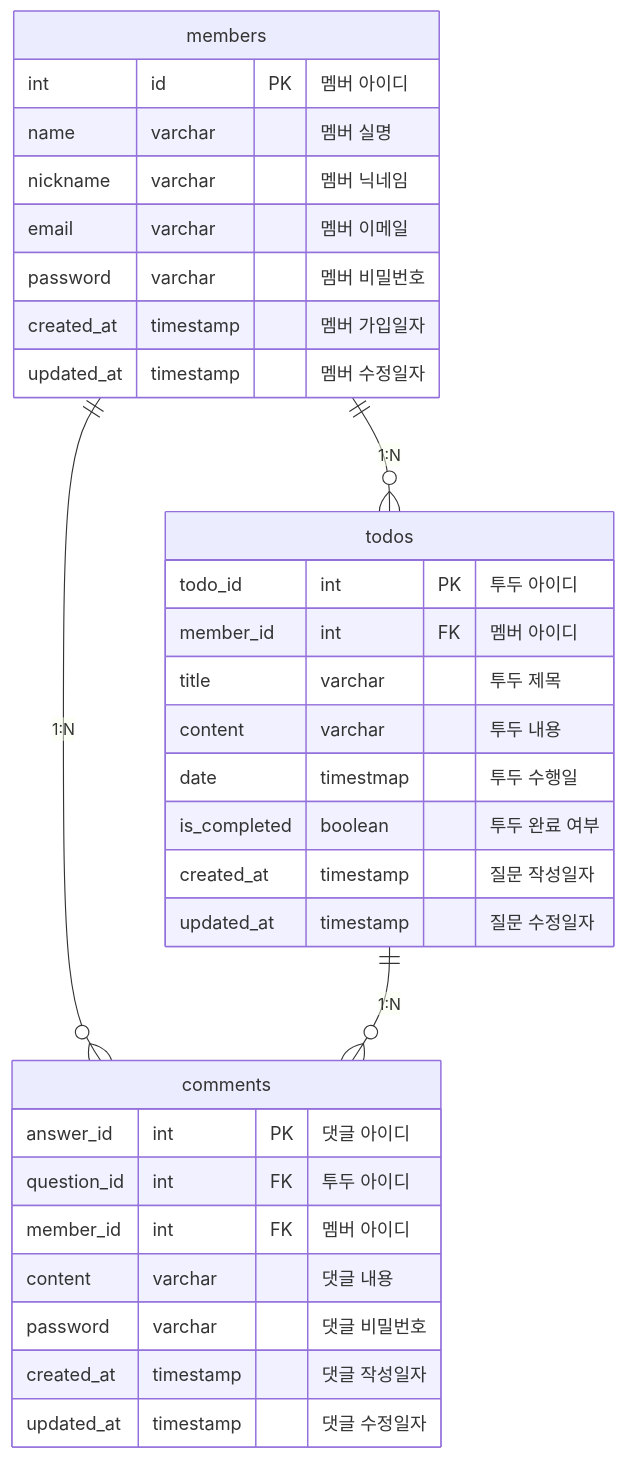
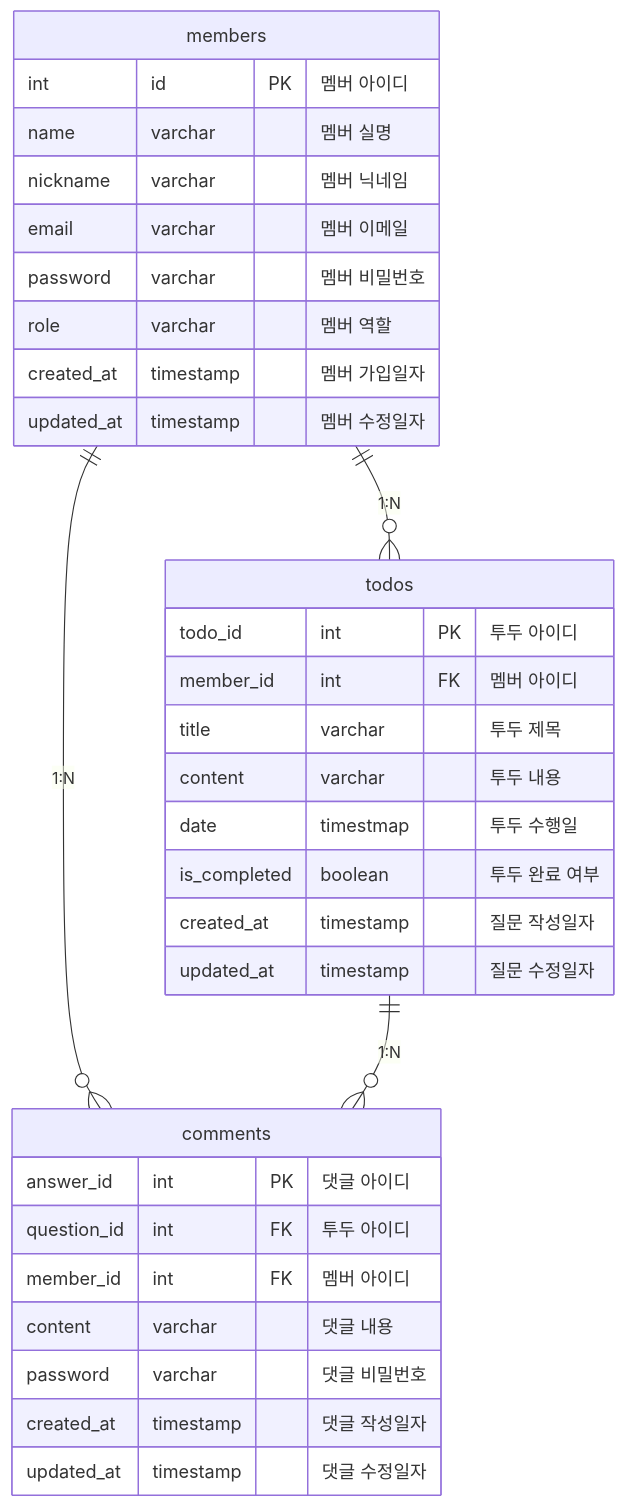
Before and after one commit to hunzzzzz/todo-application: the diagram in README.md, drawn with Mermaid.

````diff
--- a/README.md
+++ b/README.md
@@ -23,34 +23,35 @@
 ```mermaid
 erDiagram
 members{
 	int id PK "멤버 아이디"
 	name varchar "멤버 실명"
 	nickname varchar "멤버 닉네임"
 	email varchar "멤버 이메일"
 	password varchar "멤버 비밀번호"
+        role varchar "멤버 역할"
 	created_at timestamp "멤버 가입일자"
 	updated_at timestamp "멤버 수정일자"
 }
 todos{
 	todo_id int PK "투두 아이디"
 	member_id int FK "멤버 아이디"
 	title varchar "투두 제목"
 	content varchar "투두 내용"
-  date timestmap "투두 수행일"
+        date timestmap "투두 수행일"
 	is_completed boolean "투두 완료 여부"
 	created_at timestamp "질문 작성일자"
 	updated_at timestamp "질문 수정일자"
 }
 comments{
 	answer_id int PK "댓글 아이디"
 	question_id int FK "투두 아이디"
   member_id int FK "멤버 아이디"
 	content varchar "댓글 내용"
   password varchar "댓글 비밀번호"
 	created_at timestamp "댓글 작성일자"
   updated_at timestamp "댓글 수정일자"
 }
 members ||--o{ todos : "1:N"
 members ||--o{ comments : "1:N"
 todos ||--o{ comments : "1:N"
 ```
````
